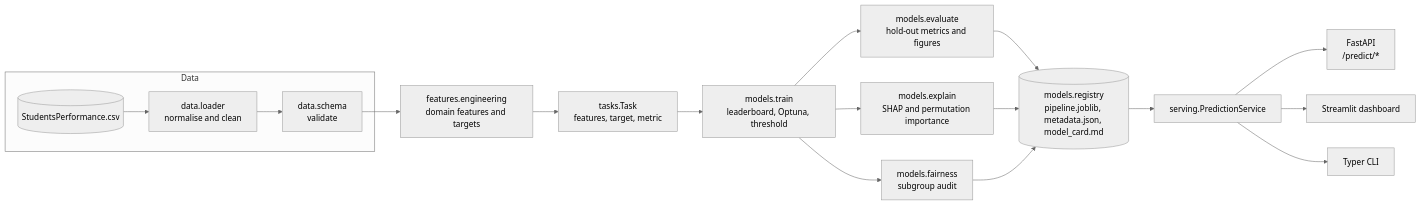
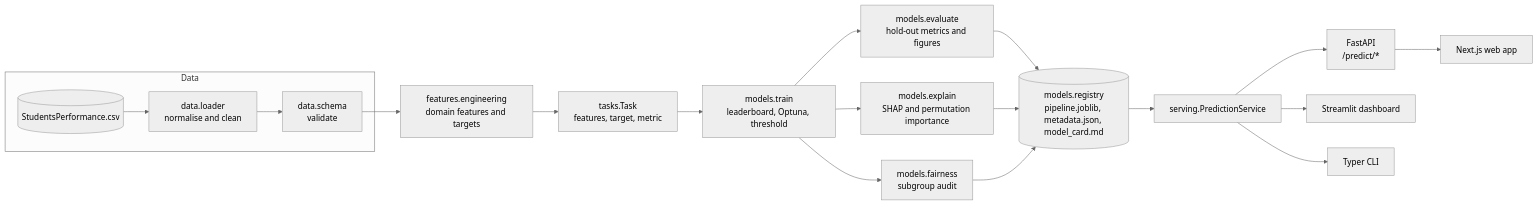
Before and after one commit to ZainDev04/edupulse: the diagram in docs/architecture.md, drawn with Mermaid (neutral theme). The commit also changed other lines of this file and 59 other files, not shown here.

First line of the commit message:
Add Next.js web frontend and read endpoints for it

````diff
--- a/docs/architecture.md
+++ b/docs/architecture.md
@@ -15,20 +15,21 @@
 ```mermaid
 flowchart LR
     subgraph Data
         RAW[(StudentsPerformance.csv)] --> LOAD[data.loader<br/>normalise and clean]
         LOAD --> VAL[data.schema<br/>validate]
     end
     VAL --> FE[features.engineering<br/>domain features and targets]
     FE --> TASK[tasks.Task<br/>features, target, metric]
     TASK --> TRAIN[models.train<br/>leaderboard, Optuna, threshold]
     TRAIN --> EVAL[models.evaluate<br/>hold-out metrics and figures]
     TRAIN --> XAI[models.explain<br/>SHAP and permutation importance]
     TRAIN --> FAIR[models.fairness<br/>subgroup audit]
     EVAL --> REG[(models.registry<br/>pipeline.joblib, metadata.json, model_card.md)]
     XAI --> REG
     FAIR --> REG
     REG --> SVC[serving.PredictionService]
     SVC --> API[FastAPI<br/>/predict/*]
+    API --> WEB[Next.js web app]
     SVC --> UI[Streamlit dashboard]
     SVC --> CLI[Typer CLI]
 ```
````
